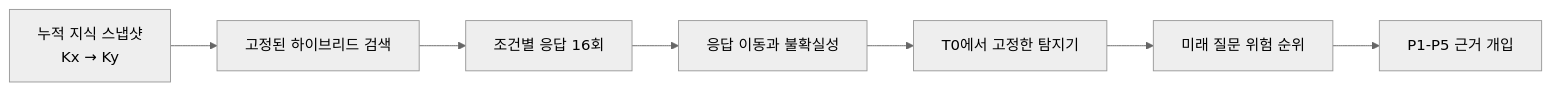
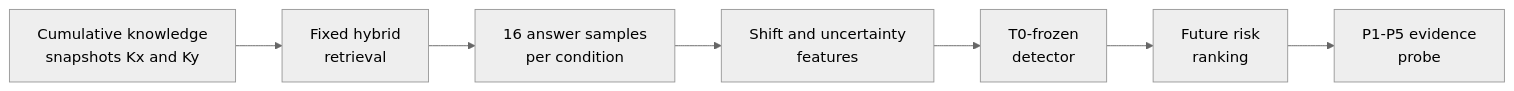
The diagram in README.md (yoon-chan-hyeok/temporal-rag-drift), drawn with Mermaid (neutral theme) before and after one commit. The commit also changed other lines of this file, not shown here.

````diff
--- a/README.md
+++ b/README.md
@@ -21,9 +81,9 @@
 ```mermaid
 flowchart LR
-    A["누적 지식 스냅샷<br/>Kx → Ky"] --> B["고정된 하이브리드 검색"]
-    B --> C["조건별 응답 16회"]
-    C --> D["응답 이동과 불확실성"]
-    D --> E["T0에서 고정한 탐지기"]
-    E --> F["미래 질문 위험 순위"]
-    F --> G["P1-P5 근거 개입"]
+    A["Cumulative knowledge<br/>snapshots Kx and Ky"] --> B["Fixed hybrid<br/>retrieval"]
+    B --> C["16 answer samples<br/>per condition"]
+    C --> D["Shift and uncertainty<br/>features"]
+    D --> E["T0-frozen<br/>detector"]
+    E --> F["Future risk<br/>ranking"]
+    F --> G["P1-P5 evidence<br/>probe"]
 ```
````
